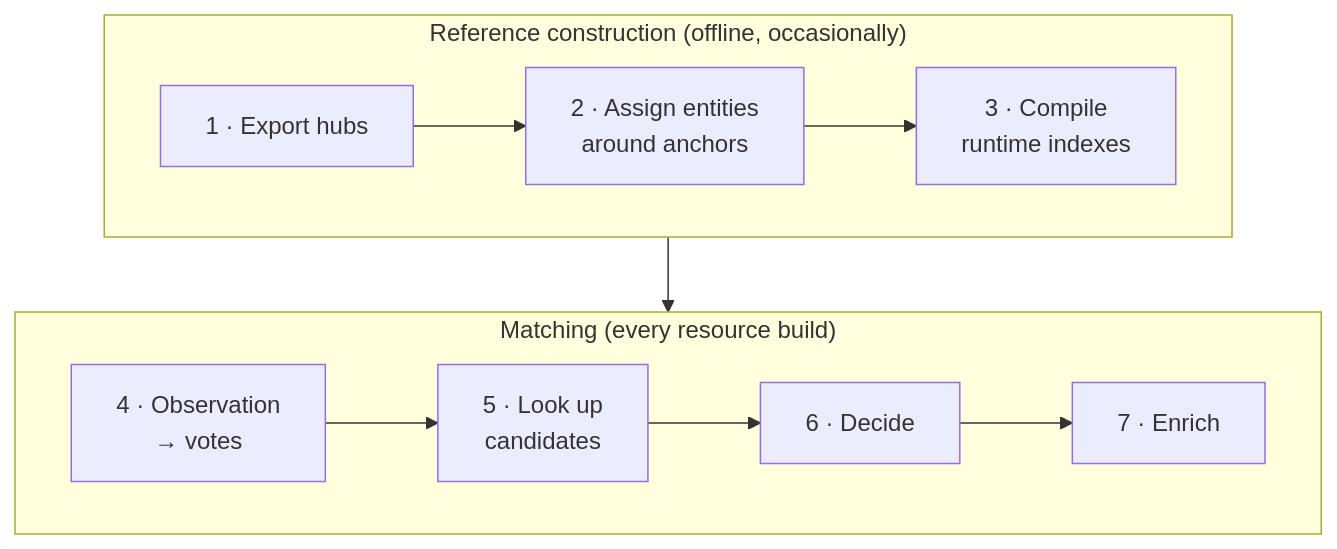
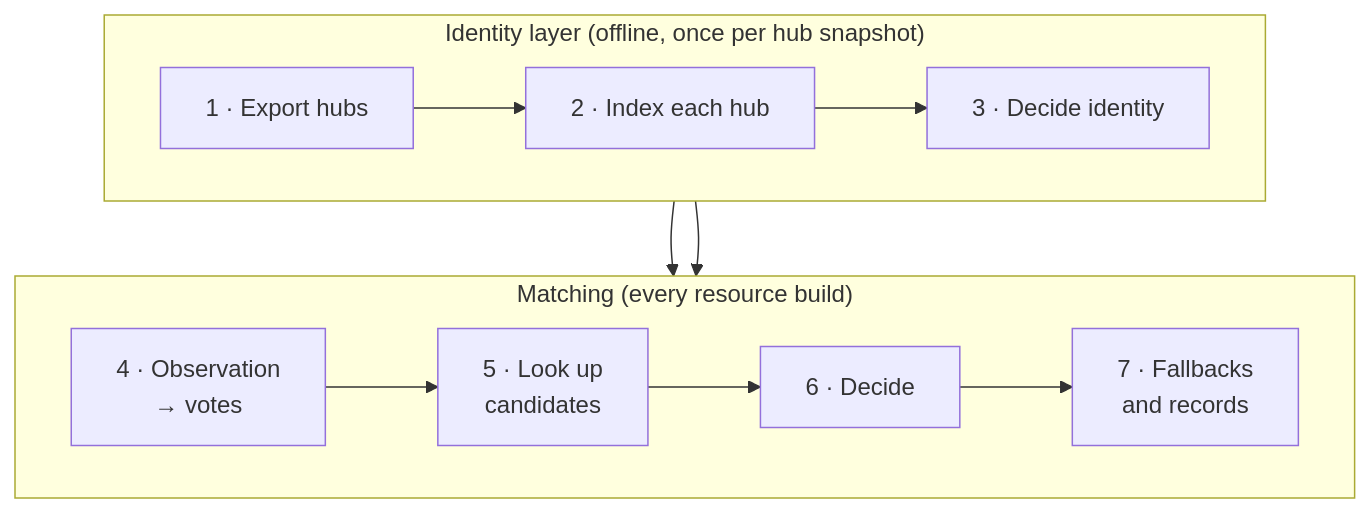
One commit to saezlab/omnipath-build changed the diagram in core_documentation/resolution.md. Above: the diagram before and after it, drawn with Mermaid. The commit also changed other lines of this file and 1 other file, not shown here.

Commit message:
Resolution docs describe the identity layer: hub indexes, identity decisions, no candidate limit, lipid names, reactions

````diff
--- a/core_documentation/resolution.md
+++ b/core_documentation/resolution.md
@@ -21,12 +21,13 @@
 ```mermaid
 flowchart TB
-    subgraph offline["Reference construction (offline, occasionally)"]
+    subgraph offline["Identity layer (offline, once per hub snapshot)"]
         direction LR
-        H["1 · Export hubs"] --> A["2 · Assign entities<br/>around anchors"] --> I["3 · Compile<br/>runtime indexes"]
+        H["1 · Export hubs"] --> X["2 · Index each hub"] --> D["3 · Decide identity"]
     end
     subgraph build["Matching (every resource build)"]
         direction LR
-        N["4 · Observation<br/>→ votes"] --> L["5 · Look up<br/>candidates"] --> K["6 · Decide"] --> E["7 · Enrich"]
+        N["4 · Observation<br/>→ votes"] --> L["5 · Look up<br/>candidates"] --> K["6 · Decide"] --> E["7 · Fallbacks<br/>and records"]
     end
-    I --> L
+    X --> L
+    D --> L
 ```
````
